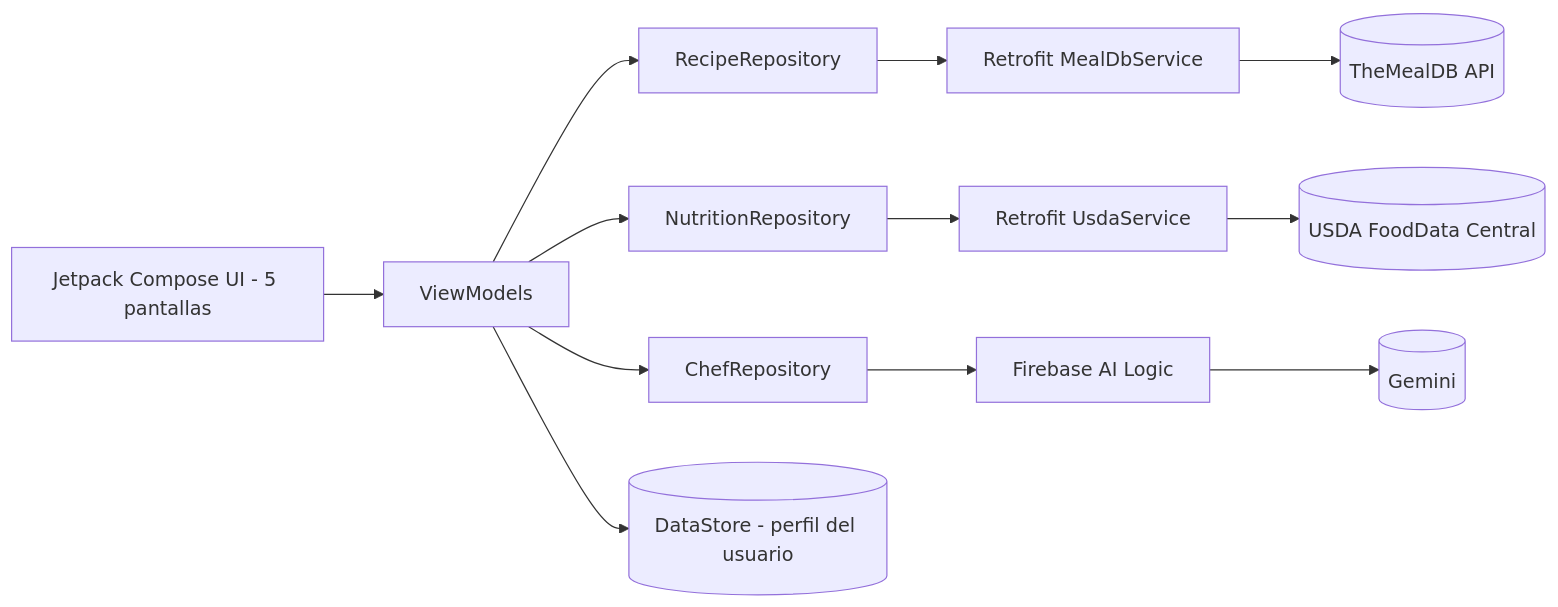
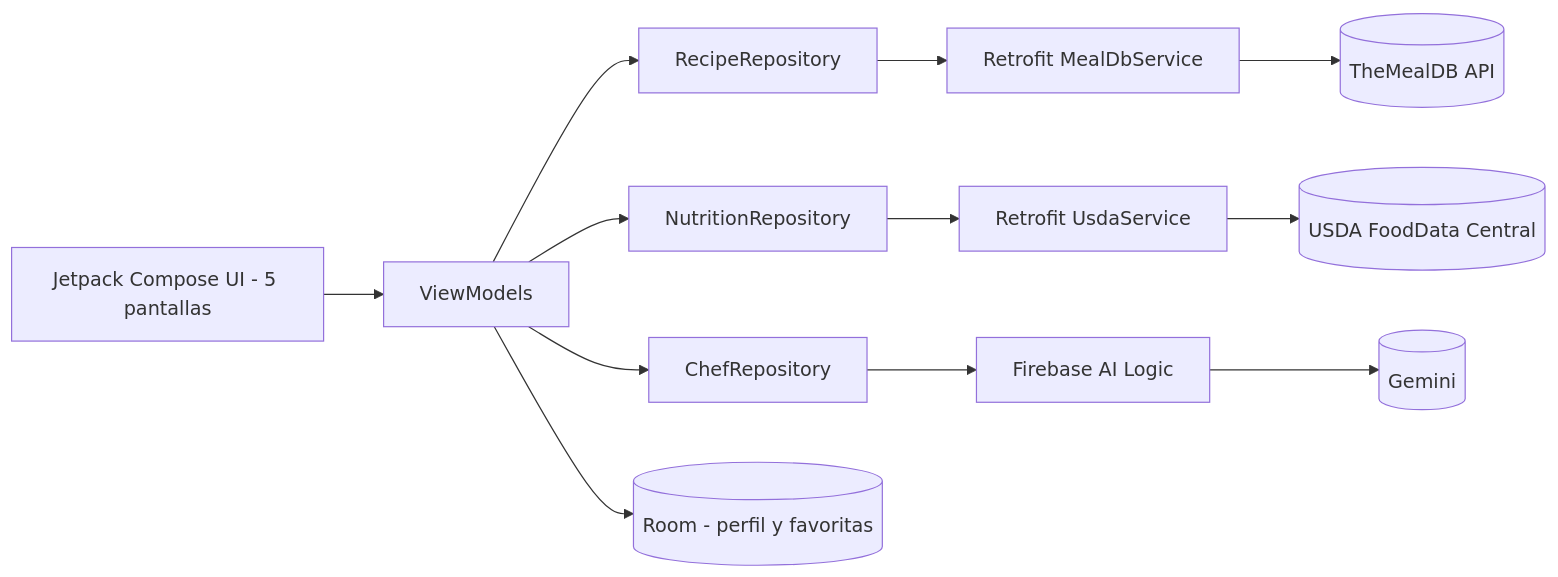
One commit to marianauribe57-art/android-design-pizca changed the second of 3 diagrams in README.md. Above: the diagram before and after it, drawn with Mermaid. The commit also changed other lines of this file, not shown here.

````diff
--- a/README.md
+++ b/README.md
@@ -184,11 +185,11 @@
 ```mermaid
 flowchart LR
     UI[Jetpack Compose UI - 5 pantallas] --> VM[ViewModels]
     VM --> RR[RecipeRepository]
     VM --> NR[NutritionRepository]
     VM --> CR[ChefRepository]
-    VM --> DS[(DataStore - perfil del usuario)]
+    VM --> DB[(Room - perfil y favoritas)]
     RR --> R1[Retrofit MealDbService] --> A1[(TheMealDB API)]
     NR --> R2[Retrofit UsdaService] --> A2[(USDA FoodData Central)]
     CR --> AI[Firebase AI Logic] --> A3[(Gemini)]
 ```
````
